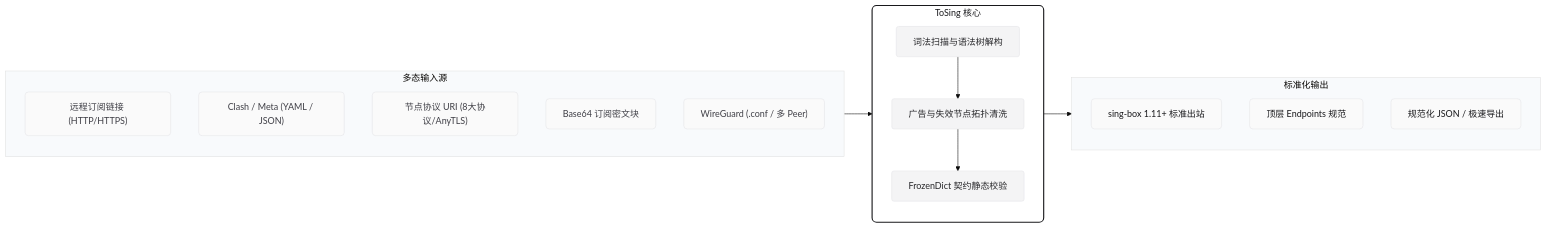
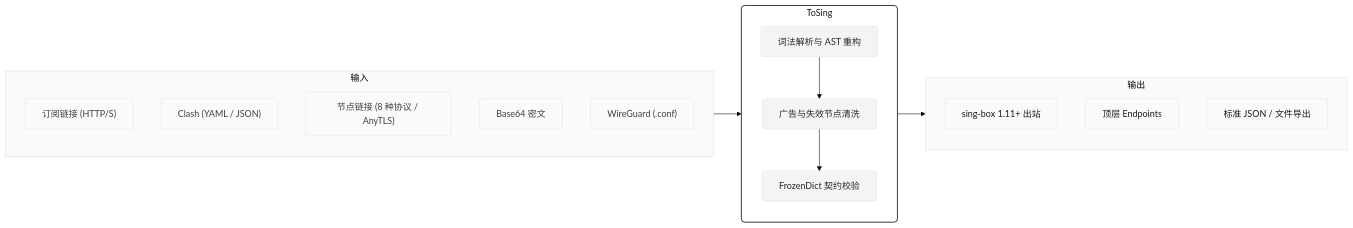
Before and after one commit to zennnnnnn11/ToSing: the first of 2 diagrams in README.md, drawn with Mermaid. The commit also changed other lines of this file, not shown here.

````diff
--- a/README.md
+++ b/README.md
@@ -33,40 +32,40 @@
 ```mermaid
 %%{init: {'theme': 'base', 'themeVariables': { 'primaryColor': '#FFFFFF', 'edgeLabelBackground':'#FFFFFF', 'tertiaryColor': '#F8FAFC'}}}%%
 flowchart LR
-    classDef input fill:#FAFAFA,stroke:#E4E4E7,stroke-width:1px,color:#3F3F46,rx:6,ry:6
-    classDef core fill:#FFFFFF,stroke:#18181B,stroke-width:2px,color:#18181B,rx:8,ry:8
+    classDef input fill:#FAFAFA,stroke:#E4E4E7,stroke-width:1px,color:#3F3F46,rx:4,ry:4
+    classDef core fill:#FFFFFF,stroke:#18181B,stroke-width:1.5px,color:#18181B,rx:6,ry:6
     classDef step fill:#F4F4F5,stroke:#E4E4E7,stroke-width:1px,color:#27272A,rx:4,ry:4
-    classDef output fill:#FAFAFA,stroke:#E4E4E7,stroke-width:1px,color:#18181B,rx:6,ry:6
+    classDef output fill:#FAFAFA,stroke:#E4E4E7,stroke-width:1px,color:#18181B,rx:4,ry:4
 
-    subgraph Inputs [" 多态输入源 "]
+    subgraph Inputs [" 输入 "]
         direction TB
-        I1["远程订阅链接 (HTTP/HTTPS)"]
-        I2["Clash / Meta (YAML / JSON)"]
-        I3["节点协议 URI (8大协议/AnyTLS)"]
-        I4["Base64 订阅密文块"]
-        I5["WireGuard (.conf / 多 Peer)"]
+        I1["订阅链接 (HTTP/S)"]
+        I2["Clash (YAML / JSON)"]
+        I3["节点链接 (8 种协议 / AnyTLS)"]
+        I4["Base64 密文"]
+        I5["WireGuard (.conf)"]
     end
 
-    subgraph Engine [" ToSing 核心 "]
+    subgraph Engine [" ToSing "]
         direction TB
-        E1["词法扫描与语法树解构"]
-        E2["广告与失效节点拓扑清洗"]
-        E3["FrozenDict 契约静态校验"]
+        E1["词法解析与 AST 重构"]
+        E2["广告与失效节点清洗"]
+        E3["FrozenDict 契约校验"]
         E1 --> E2 --> E3
     end
 
-    subgraph Outputs [" 标准化输出 "]
+    subgraph Outputs [" 输出 "]
         direction TB
-        O1["sing-box 1.11+ 标准出站"]
-        O2["顶层 Endpoints 规范"]
-        O3["规范化 JSON / 极速导出"]
+        O1["sing-box 1.11+ 出站"]
+        O2["顶层 Endpoints"]
+        O3["标准 JSON / 文件导出"]
     end
 
     Inputs --> Engine
     Engine --> Outputs
 
     class I1,I2,I3,I4,I5 input
     class Engine core
     class E1,E2,E3 step
     class O1,O2,O3 output
 ```
````
